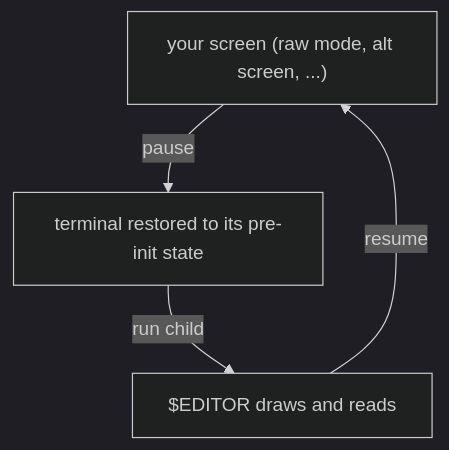
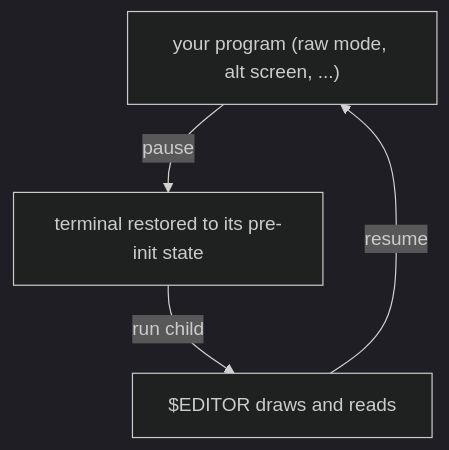
Before and after one commit to aymanbagabas/uncurses: the diagram in website/content/docs/guides/pause-and-resume.md, drawn with Mermaid (dark theme). The commit also changed other lines of this file and 28 other files, not shown here.

First line of the commit message:
docs: document the Screen/Program split

````diff
--- a/website/content/docs/guides/pause-and-resume.md
+++ b/website/content/docs/guides/pause-and-resume.md
@@ -52,7 +71,7 @@
 ```mermaid
 flowchart TB
-  app["your screen (raw mode, alt screen, ...)"]
+  app["your program (raw mode, alt screen, ...)"]
   app -->|pause| released["terminal restored to its pre-init state"]
   released -->|run child| child["$EDITOR draws and reads"]
   child -->|resume| app
 ```
````
